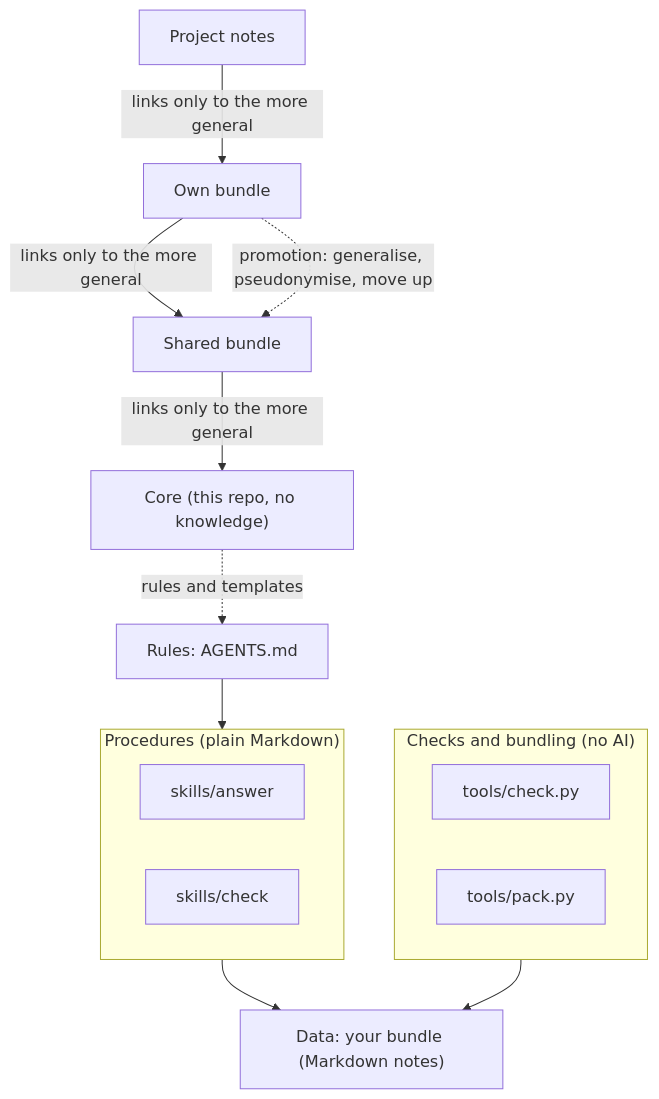
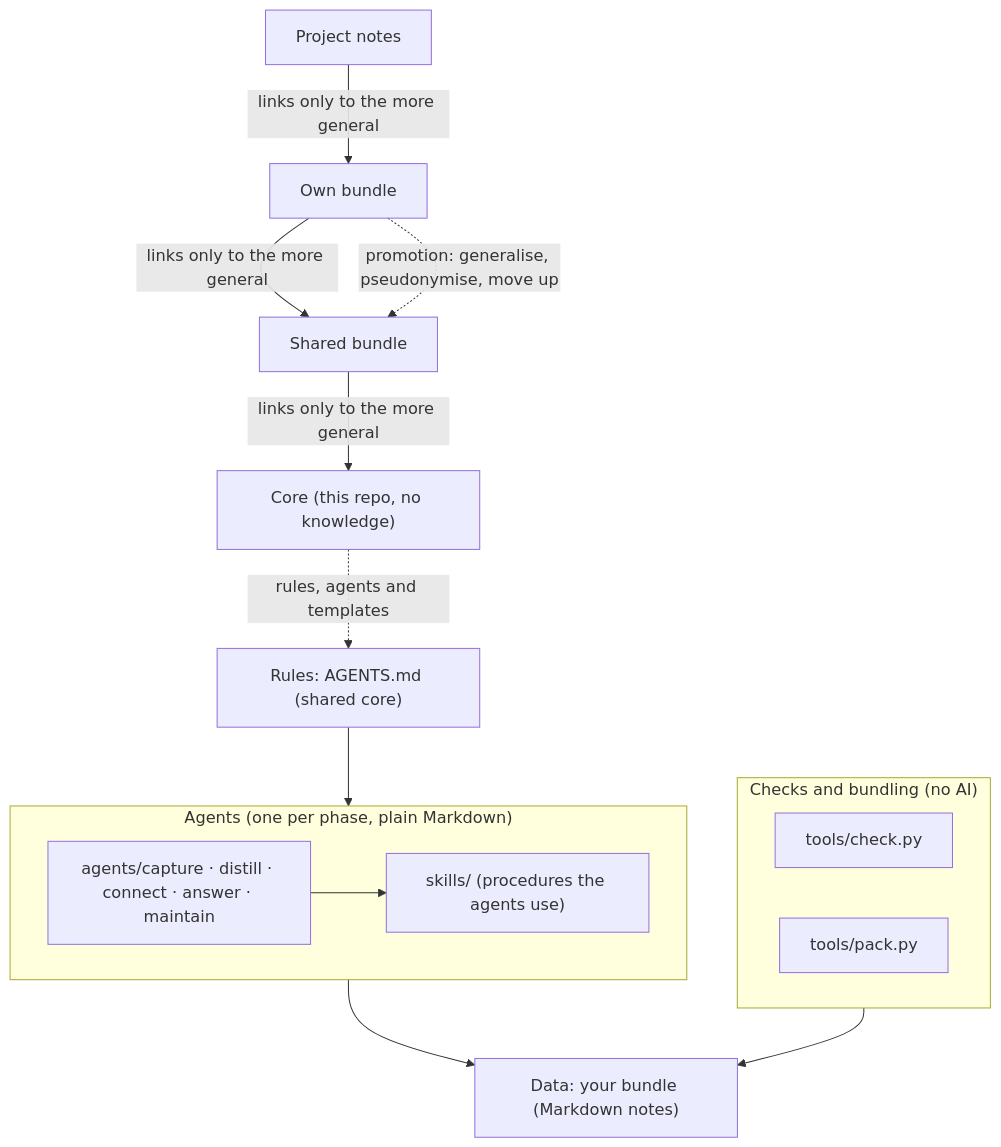
The first of 3 diagrams in docs/diagrams.md (danib8005/Zettelkasten-hub), drawn with Mermaid before and after one commit. The commit also changed other lines of this file and 9 other files, not shown here.

Commit message:
Step 6: README 'How it works' with the loop, updated guide, architecture, diagrams, standards, acceptance; example capture and open question

````diff
--- a/docs/diagrams.md
+++ b/docs/diagrams.md
@@ -4,21 +4,22 @@
 ```mermaid
 flowchart TB
   subgraph Tools["Checks and bundling (no AI)"]
     C["tools/check.py"]
     P["tools/pack.py"]
   end
-  subgraph Proc["Procedures (plain Markdown)"]
-    A["skills/answer"]
-    K["skills/check"]
+  subgraph Agents["Agents (one per phase, plain Markdown)"]
+    AG["agents/capture · distill · connect · answer · maintain"]
+    SK["skills/ (procedures the agents use)"]
   end
-  R["Rules: AGENTS.md"]
+  R["Rules: AGENTS.md (shared core)"]
   D["Data: your bundle (Markdown notes)"]
-  R --> Proc
-  Proc --> D
+  R --> Agents
+  AG --> SK
+  Agents --> D
   Tools --> D
-  Core["Core (this repo, no knowledge)"] -.rules and templates.-> R
+  Core["Core (this repo, no knowledge)"] -.rules, agents and templates.-> R
   Project["Project notes"] -- links only to the more general --> Own["Own bundle"]
   Own -- links only to the more general --> Shared["Shared bundle"]
   Shared -- links only to the more general --> Core
   Own -. promotion: generalise, pseudonymise, move up .-> Shared
 ```
````
